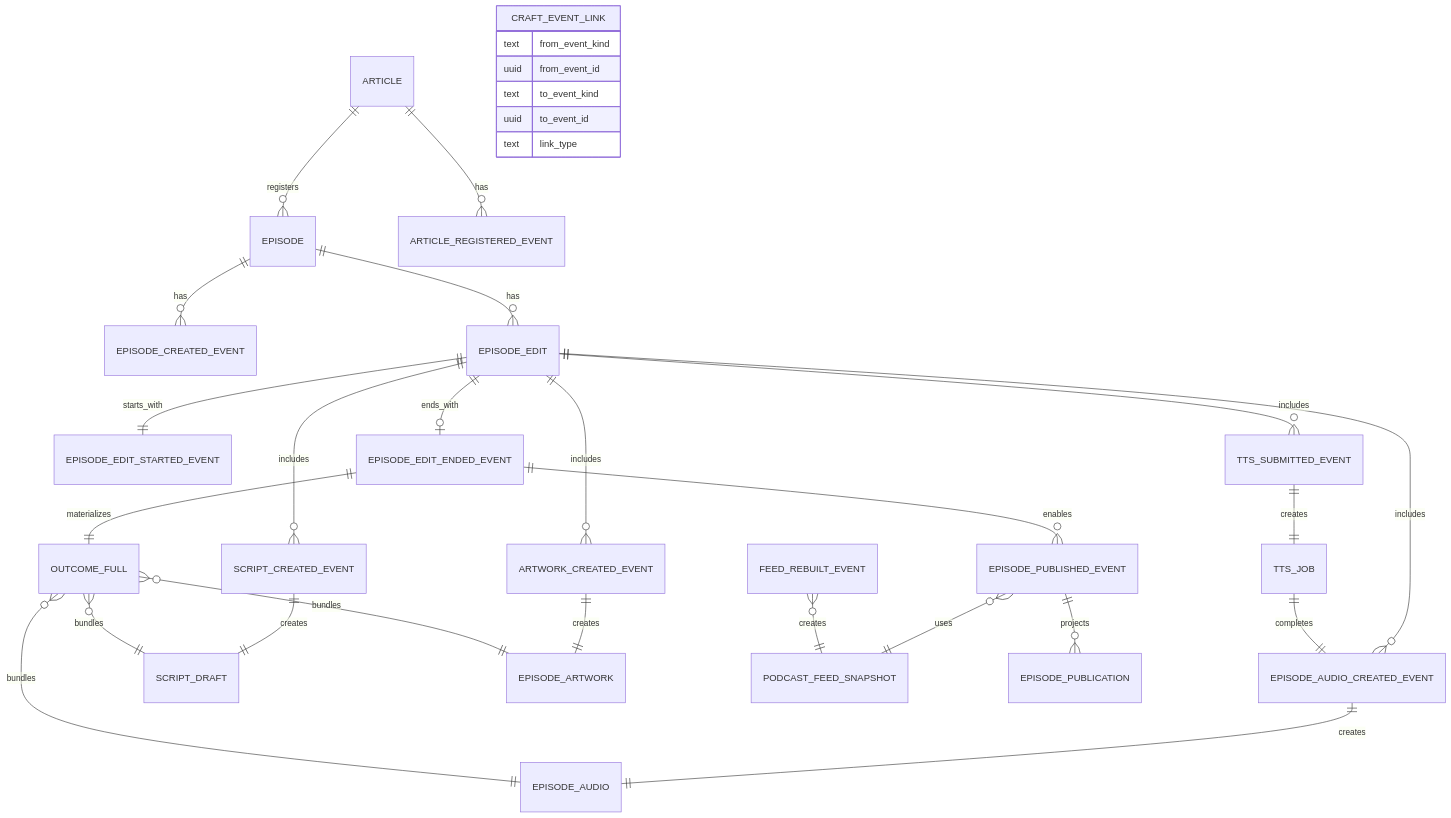
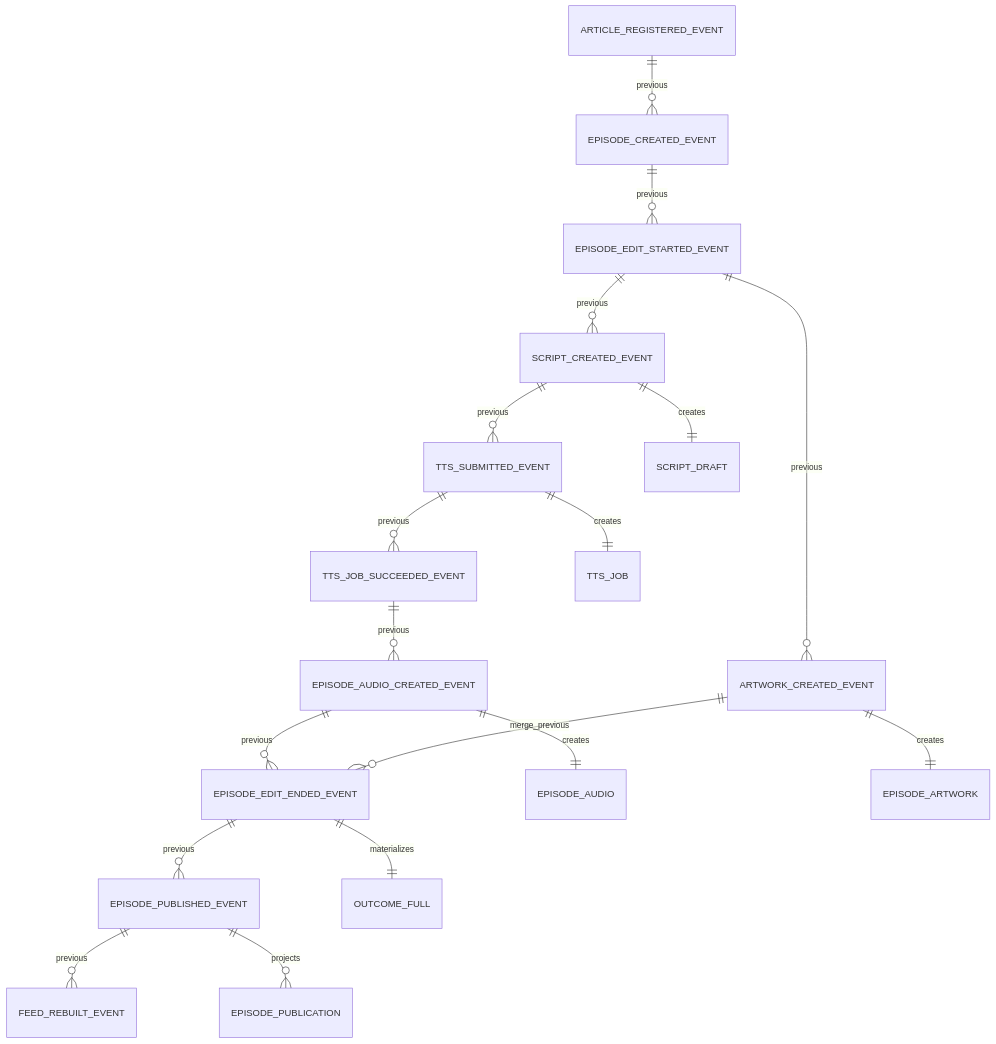
One commit to hskksk/podcaster changed the first of 2 diagrams in docs/architecture/podcast-craft-domain-events.md. Above: the diagram before and after it, drawn with Mermaid. The commit also changed other lines of this file and 1 other file, not shown here.

Commit message:
docs(architecture): store event chain as previous links on each event row

````diff
--- a/docs/architecture/podcast-craft-domain-events.md
+++ b/docs/architecture/podcast-craft-domain-events.md
@@ -109,40 +73,21 @@
 ```mermaid
 erDiagram
-  ARTICLE ||--o{ EPISODE : registers
-  ARTICLE ||--o{ ARTICLE_REGISTERED_EVENT : has
-  EPISODE ||--o{ EPISODE_CREATED_EVENT : has
-
-  EPISODE ||--o{ EPISODE_EDIT : has
-  EPISODE_EDIT ||--|| EPISODE_EDIT_STARTED_EVENT : starts_with
-  EPISODE_EDIT ||--o| EPISODE_EDIT_ENDED_EVENT : ends_with
-
-  EPISODE_EDIT ||--o{ SCRIPT_CREATED_EVENT : includes
-  EPISODE_EDIT ||--o{ TTS_SUBMITTED_EVENT : includes
-  EPISODE_EDIT ||--o{ EPISODE_AUDIO_CREATED_EVENT : includes
-  EPISODE_EDIT ||--o{ ARTWORK_CREATED_EVENT : includes
+  ARTICLE_REGISTERED_EVENT ||--o{ EPISODE_CREATED_EVENT : "previous"
+  EPISODE_CREATED_EVENT ||--o{ EPISODE_EDIT_STARTED_EVENT : "previous"
+  EPISODE_EDIT_STARTED_EVENT ||--o{ SCRIPT_CREATED_EVENT : "previous"
+  SCRIPT_CREATED_EVENT ||--o{ TTS_SUBMITTED_EVENT : "previous"
+  TTS_SUBMITTED_EVENT ||--o{ TTS_JOB_SUCCEEDED_EVENT : "previous"
+  TTS_JOB_SUCCEEDED_EVENT ||--o{ EPISODE_AUDIO_CREATED_EVENT : "previous"
+  EPISODE_EDIT_STARTED_EVENT ||--o{ ARTWORK_CREATED_EVENT : "previous"
+  EPISODE_AUDIO_CREATED_EVENT ||--o{ EPISODE_EDIT_ENDED_EVENT : "previous"
+  ARTWORK_CREATED_EVENT ||--o{ EPISODE_EDIT_ENDED_EVENT : "merge_previous"
+  EPISODE_EDIT_ENDED_EVENT ||--o{ EPISODE_PUBLISHED_EVENT : "previous"
+  EPISODE_PUBLISHED_EVENT ||--o{ FEED_REBUILT_EVENT : "previous"
 
   SCRIPT_CREATED_EVENT ||--|| SCRIPT_DRAFT : creates
   TTS_SUBMITTED_EVENT ||--|| TTS_JOB : creates
-  TTS_JOB ||--|| EPISODE_AUDIO_CREATED_EVENT : completes
   EPISODE_AUDIO_CREATED_EVENT ||--|| EPISODE_AUDIO : creates
   ARTWORK_CREATED_EVENT ||--|| EPISODE_ARTWORK : creates
-
   EPISODE_EDIT_ENDED_EVENT ||--|| OUTCOME_FULL : materializes
-  OUTCOME_FULL }o--|| SCRIPT_DRAFT : bundles
-  OUTCOME_FULL }o--|| EPISODE_AUDIO : bundles
-  OUTCOME_FULL }o--|| EPISODE_ARTWORK : bundles
-
-  EPISODE_EDIT_ENDED_EVENT ||--o{ EPISODE_PUBLISHED_EVENT : enables
-  EPISODE_PUBLISHED_EVENT }o--|| PODCAST_FEED_SNAPSHOT : uses
-  FEED_REBUILT_EVENT }o--|| PODCAST_FEED_SNAPSHOT : creates
-
   EPISODE_PUBLISHED_EVENT ||--o{ EPISODE_PUBLICATION : projects
-
-  CRAFT_EVENT_LINK {
-    text from_event_kind
-    uuid from_event_id
-    text to_event_kind
-    uuid to_event_id
-    text link_type
-  }
 ```
````
